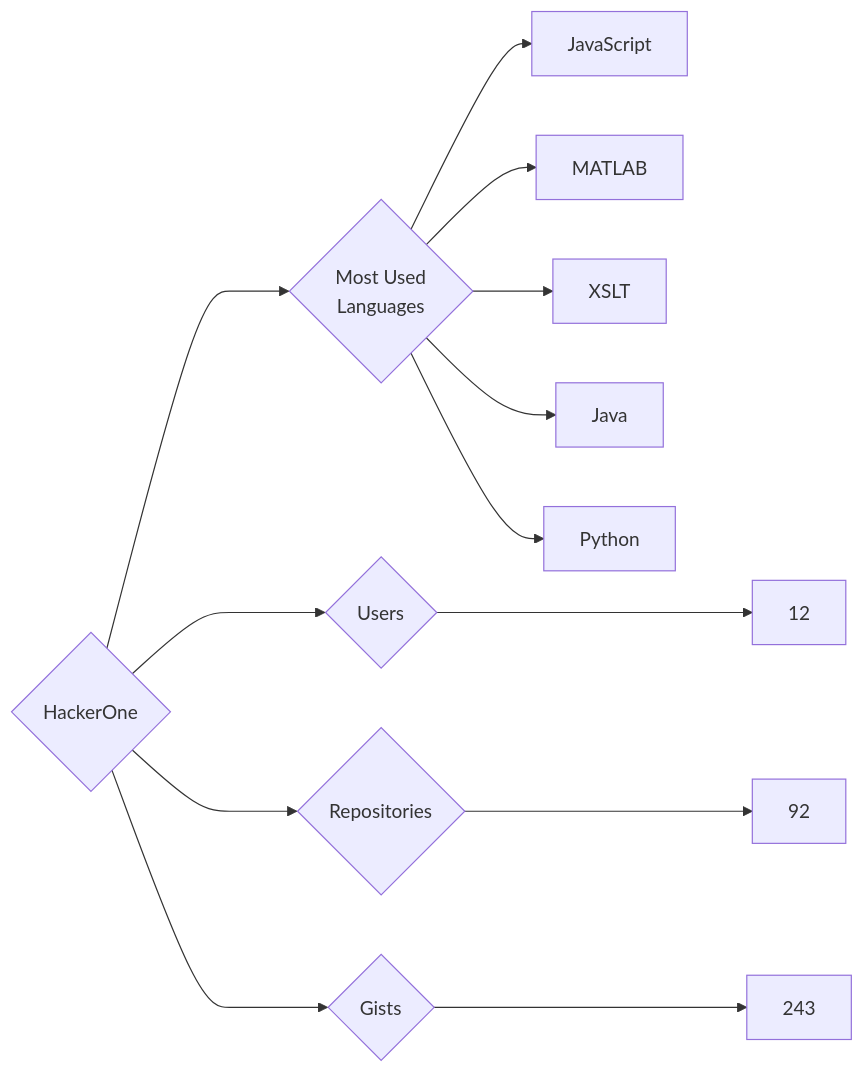
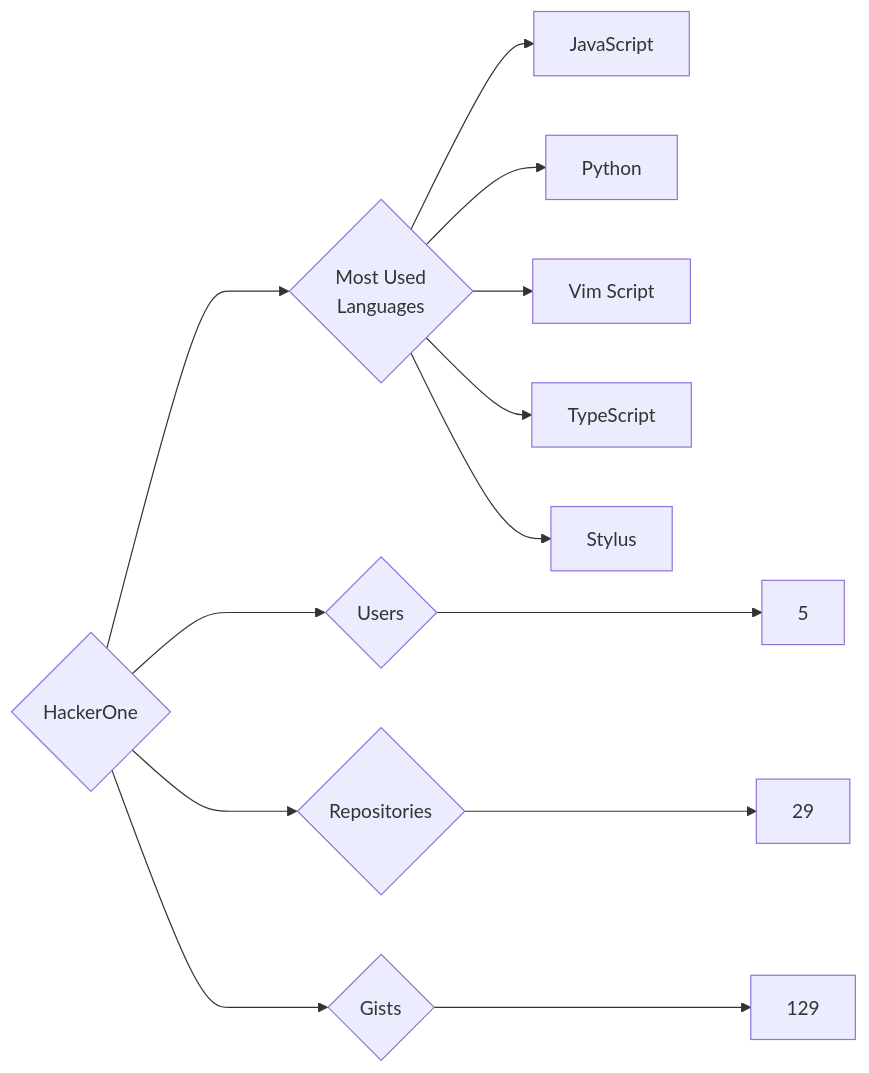
Before and after one commit to trickest/insiders: the diagram in targets/HackerOne/README.md, drawn with Mermaid. The commit also changed 718 other files, not shown here.

````diff
--- a/targets/HackerOne/README.md
+++ b/targets/HackerOne/README.md
@@ -3,13 +3,13 @@
 ```mermaid
 graph LR
 COMPANY_NAME{HackerOne}
-COMPANY_NAME ---> U{Users} ---> UN[12]
-COMPANY_NAME ---> R{Repositories} ---> RN[92]
-COMPANY_NAME ---> G{Gists} ---> GN[243]
+COMPANY_NAME ---> U{Users} ---> UN[5]
+COMPANY_NAME ---> R{Repositories} ---> RN[29]
+COMPANY_NAME ---> G{Gists} ---> GN[129]
 COMPANY_NAME ---> ML{Most Used<br>Languages}
 ML --> JavaScript[JavaScript]
-ML --> MATLAB[MATLAB]
-ML --> XSLT[XSLT]
-ML --> Java[Java]
 ML --> Python[Python]
+ML --> Vim_Script[Vim Script]
+ML --> TypeScript[TypeScript]
+ML --> Stylus[Stylus]
 ```
````
